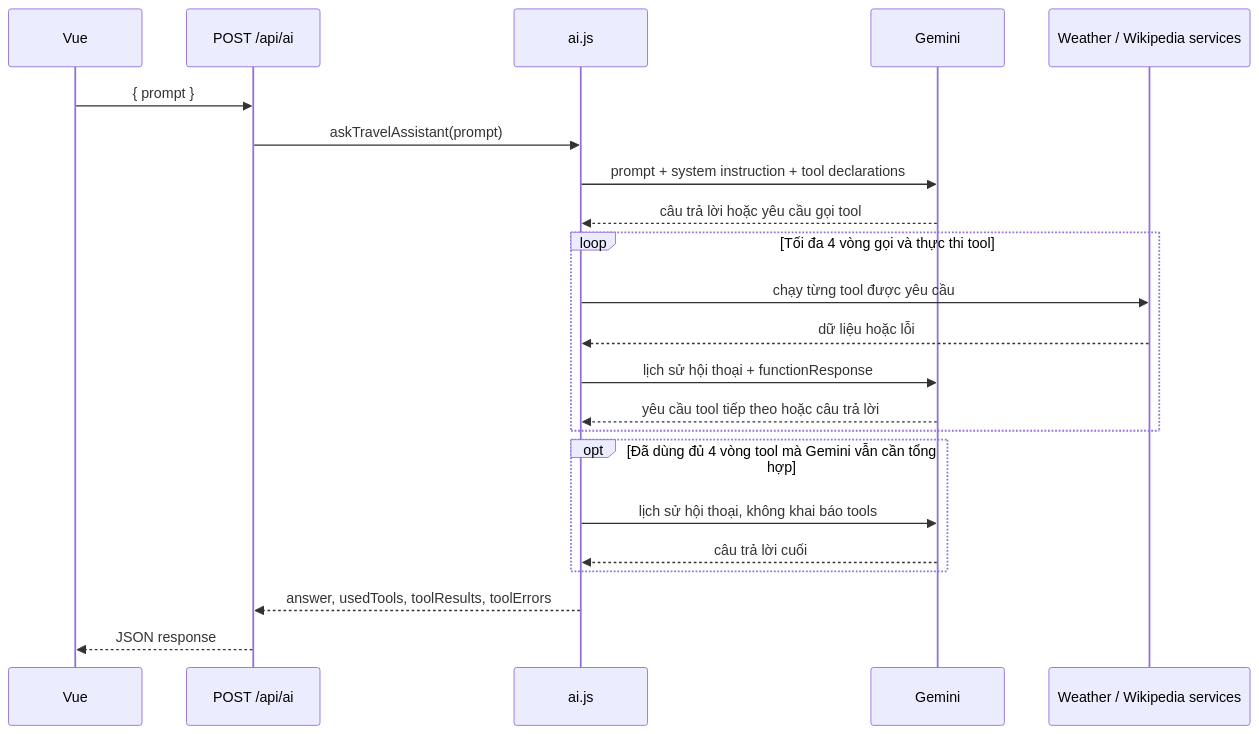
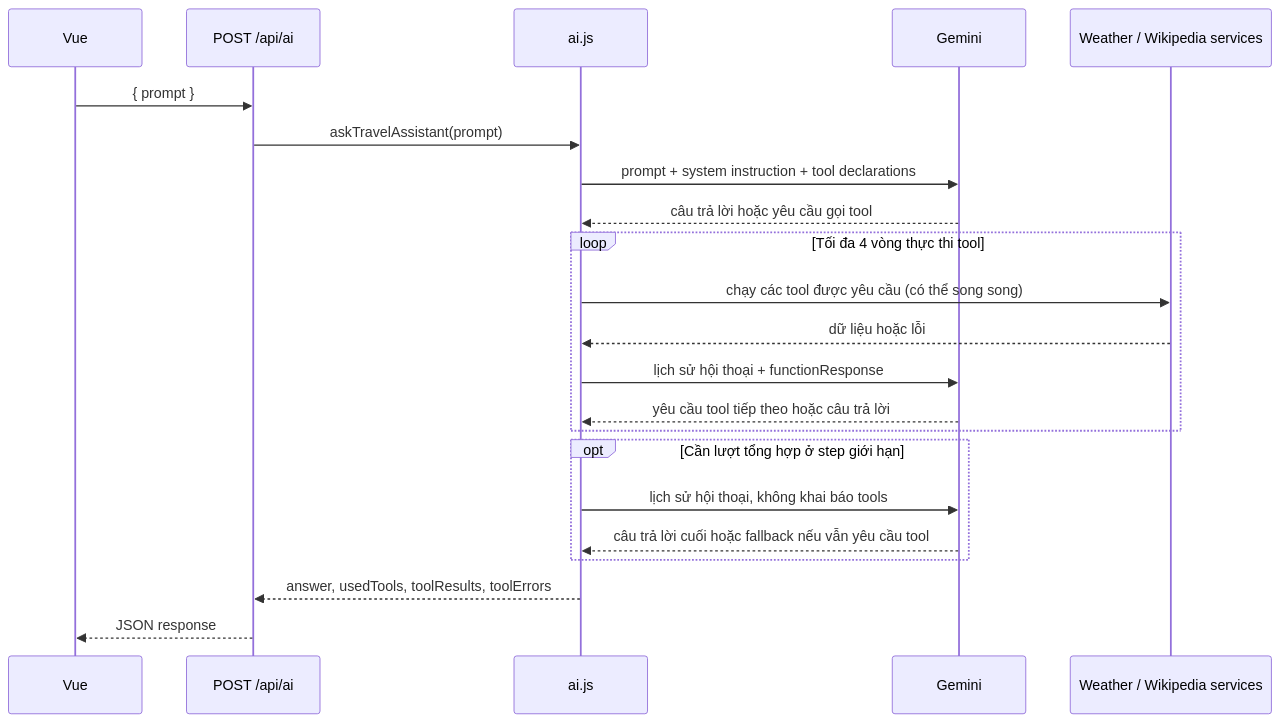
One commit to zdevlongnguz-blip/asm-v2 changed the diagram in server/AI_SERVICE.md. Above: the diagram before and after it, drawn with Mermaid. The commit also changed other lines of this file and 30 other files, not shown here.

````diff
--- a/server/AI_SERVICE.md
+++ b/server/AI_SERVICE.md
@@ -43,25 +80,25 @@
 ```mermaid
 sequenceDiagram
-    participant Vue
-    participant Route as POST /api/ai
-    participant Service as ai.js
-    participant Gemini
-    participant Tools as Weather / Wikipedia services
+  participant Vue
+  participant Route as POST /api/ai
+  participant Service as ai.js
+  participant Gemini
+  participant Tools as Weather / Wikipedia services
 
-    Vue->>Route: { prompt }
-    Route->>Service: askTravelAssistant(prompt)
-    Service->>Gemini: prompt + system instruction + tool declarations
-    Gemini-->>Service: câu trả lời hoặc yêu cầu gọi tool
-    loop Tối đa 4 vòng gọi và thực thi tool
-        Service->>Tools: chạy từng tool được yêu cầu
-        Tools-->>Service: dữ liệu hoặc lỗi
-        Service->>Gemini: lịch sử hội thoại + functionResponse
-        Gemini-->>Service: yêu cầu tool tiếp theo hoặc câu trả lời
-    end
-    opt Đã dùng đủ 4 vòng tool mà Gemini vẫn cần tổng hợp
-      Service->>Gemini: lịch sử hội thoại, không khai báo tools
-      Gemini-->>Service: câu trả lời cuối
-    end
-    Service-->>Route: answer, usedTools, toolResults, toolErrors
-    Route-->>Vue: JSON response
+  Vue->>Route: { prompt }
+  Route->>Service: askTravelAssistant(prompt)
+  Service->>Gemini: prompt + system instruction + tool declarations
+  Gemini-->>Service: câu trả lời hoặc yêu cầu gọi tool
+  loop Tối đa 4 vòng thực thi tool
+    Service->>Tools: chạy các tool được yêu cầu (có thể song song)
+    Tools-->>Service: dữ liệu hoặc lỗi
+    Service->>Gemini: lịch sử hội thoại + functionResponse
+    Gemini-->>Service: yêu cầu tool tiếp theo hoặc câu trả lời
+  end
+  opt Cần lượt tổng hợp ở step giới hạn
+    Service->>Gemini: lịch sử hội thoại, không khai báo tools
+    Gemini-->>Service: câu trả lời cuối hoặc fallback nếu vẫn yêu cầu tool
+  end
+  Service-->>Route: answer, usedTools, toolResults, toolErrors
+  Route-->>Vue: JSON response
 ```
````
